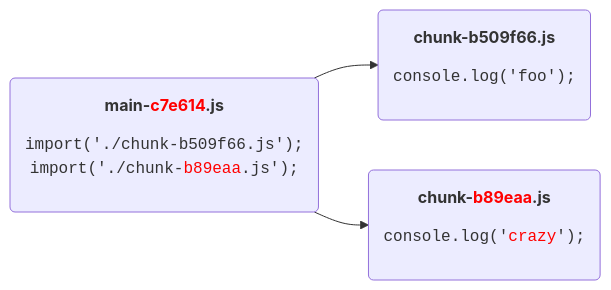
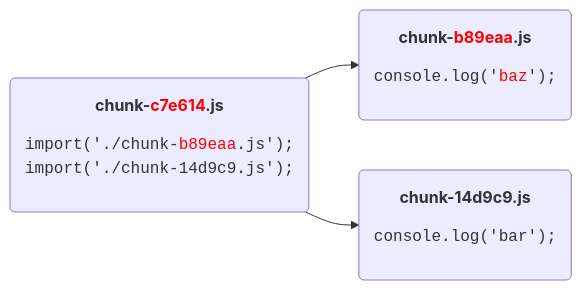
One commit to lukastaegert/viteconf24-rollup changed the second of 13 diagrams in slides.md. Above: the diagram before and after it, drawn with Mermaid. The commit also changed other lines of this file and 12 other files, not shown here.

````diff
--- a/slides.md
+++ b/slides.md
@@ -82,18 +88,18 @@
 ```mermaid
 %%{
   init: {
     "themeCSS": ".node rect { fill: #fdb; stroke: #000; } .nodeLabel { color: #000; } .node div { text-align: left; line-height: 1.2; padding: 8px; } pre { margin: 16px 0 0 0; }"
   }
 }%%
 flowchart LR
 
-A("<b>main-<span style=color:red>c7e614</span>.js</b><br><pre>
-import('./chunk-b509f66.js');
-import('./chunk-<span style=color:red>b89eaa</span>.js');</pre>")
-B("<b>chunk-b509f66.js</b><br><pre>
-console.log('foo');</pre>")
-C("<b>chunk-<span style=color:red>b89eaa</span>.js</b><br><pre>
-console.log('<span style=color:red>crazy</span>');</pre>")
+A("<b>chunk-<span style=color:red>c7e614</span>.js</b><br><pre>
+import('./chunk-<span style=color:red>b89eaa</span>.js');
+import('./chunk-14d9c9.js');</pre>")
+B("<b>chunk-<span style=color:red>b89eaa</span>.js</b><br><pre>
+console.log('<span style=color:red>baz</span>');</pre>")
+C("<b>chunk-14d9c9.js</b><br><pre>
+console.log('bar');</pre>")
 A --> B
 A --> C
 ```
````
